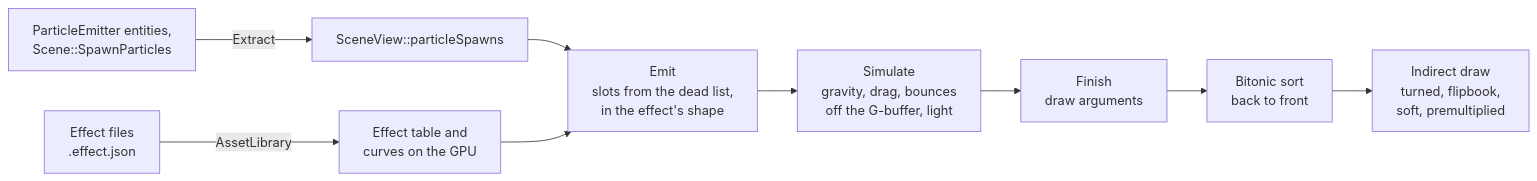
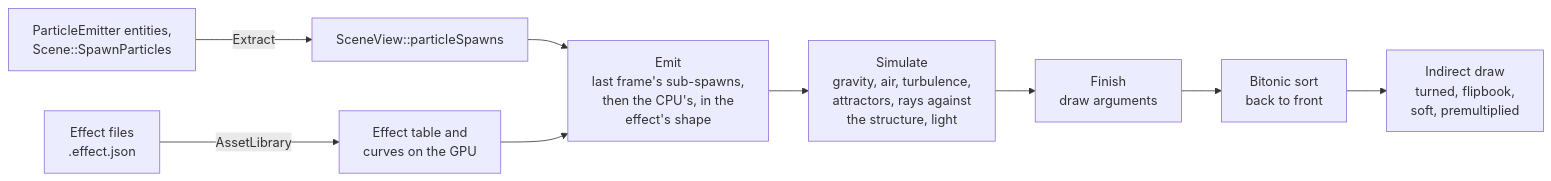
One commit to SBXdev3D/daidalos-engine-next changed diagram 13 of 13 in docs/ARCHITECTURE.md. Above: the diagram before and after it, drawn with Mermaid. The commit also changed other lines of this file and 32 other files, not shown here.

````diff
--- a/docs/ARCHITECTURE.md
+++ b/docs/ARCHITECTURE.md
@@ -293,11 +293,11 @@
 ```mermaid
 flowchart LR
     F["Effect files<br/>.effect.json"] -->|"AssetLibrary"| R["Effect table and<br/>curves on the GPU"]
     E["ParticleEmitter entities,<br/>Scene::SpawnParticles"] -->|"Extract"| V["SceneView::particleSpawns"]
-    V --> EM["Emit<br/>slots from the dead list,<br/>in the effect's shape"]
+    V --> EM["Emit<br/>last frame's sub-spawns,<br/>then the CPU's, in the<br/>effect's shape"]
     R --> EM
-    EM --> SI["Simulate<br/>gravity, drag, bounces<br/>off the G-buffer, light"]
+    EM --> SI["Simulate<br/>gravity, air, turbulence,<br/>attractors, rays against<br/>the structure, light"]
     SI --> FI["Finish<br/>draw arguments"]
     FI --> SO["Bitonic sort<br/>back to front"]
     SO --> D["Indirect draw<br/>turned, flipbook,<br/>soft, premultiplied"]
 ```
````
